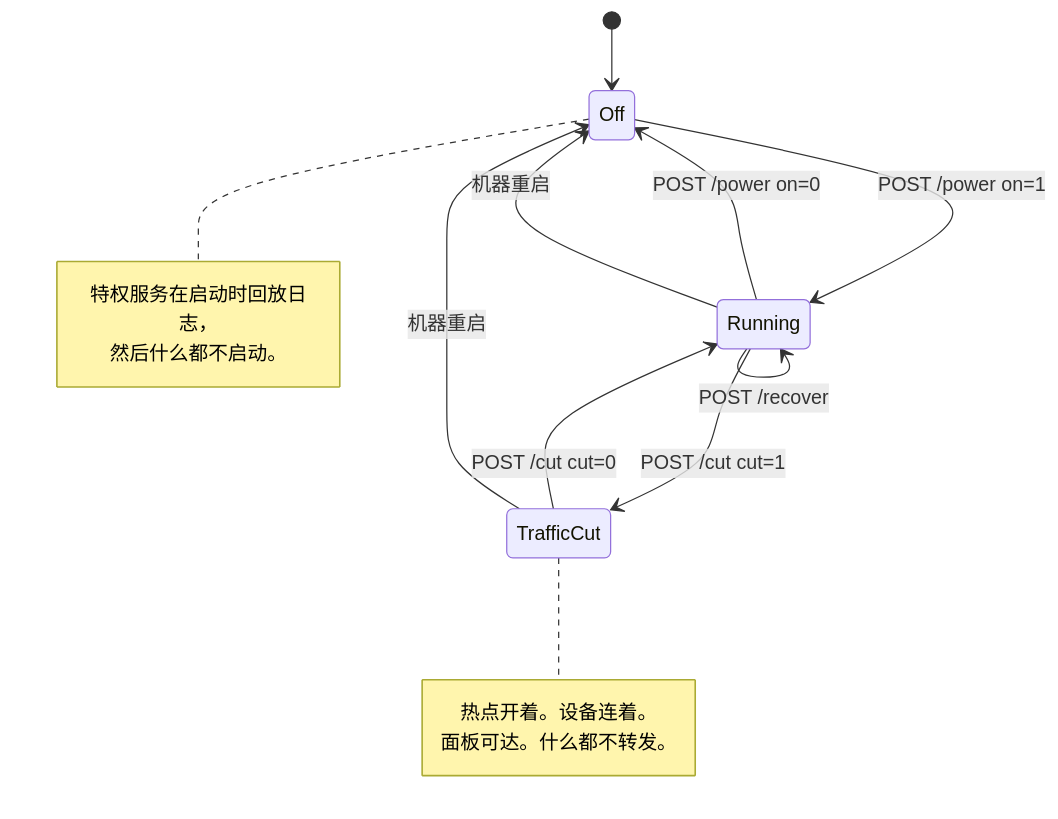
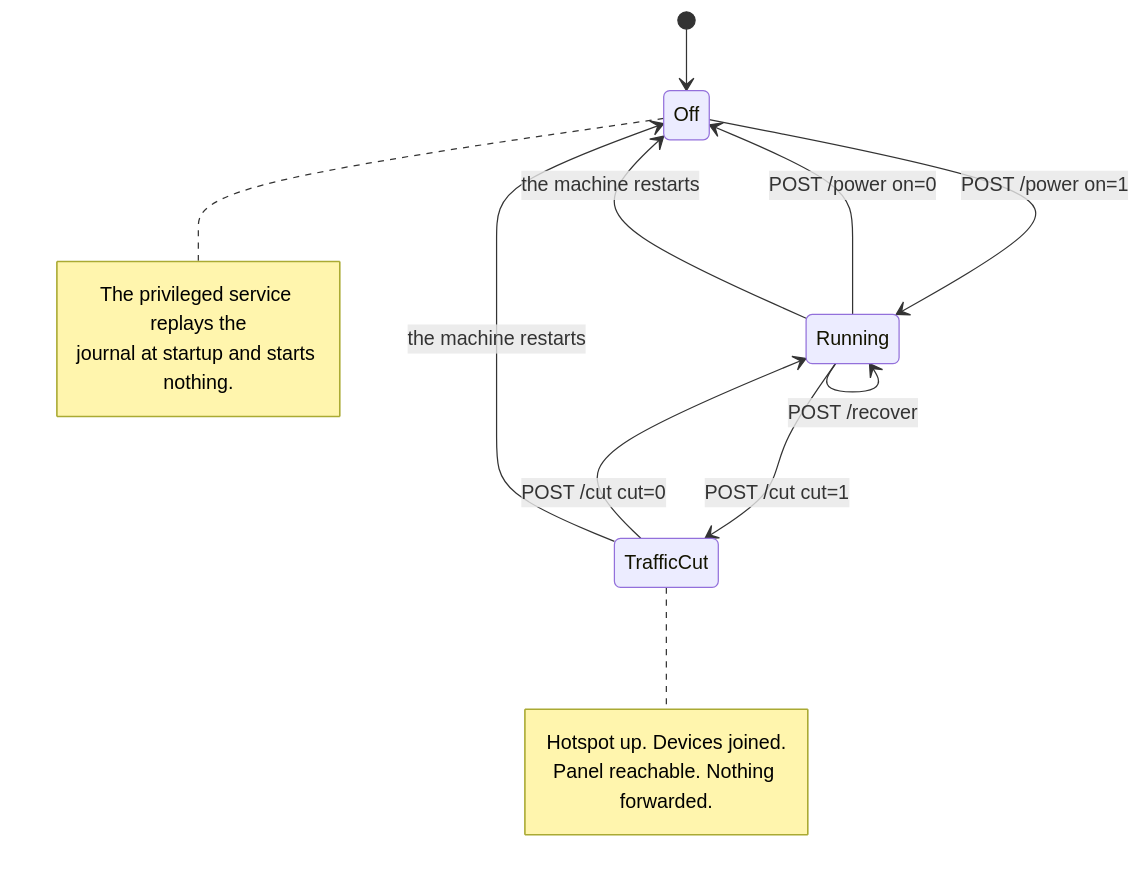
The diagram in docs/wiki/Panel-and-Configuration.zh.md (Iman/caspian), drawn with Mermaid before and after one commit. The commit also changed other lines of this file and 149 other files, not shown here.

````diff
--- a/docs/wiki/Panel-and-Configuration.zh.md
+++ b/docs/wiki/Panel-and-Configuration.zh.md
@@ -22,20 +28,20 @@
 ```mermaid
 stateDiagram-v2
     [*] --> Off
     Off --> Running: POST /power on=1
     Running --> Off: POST /power on=0
     Running --> TrafficCut: POST /cut cut=1
     TrafficCut --> Running: POST /cut cut=0
     Running --> Running: POST /recover
-    TrafficCut --> Off: 机器重启
-    Running --> Off: 机器重启
+    TrafficCut --> Off: the machine restarts
+    Running --> Off: the machine restarts
 
     note right of Off
-        特权服务在启动时回放日志，
-        然后什么都不启动。
+        The privileged service replays the
+        journal at startup and starts nothing.
     end note
     note right of TrafficCut
-        热点开着。设备连着。
-        面板可达。什么都不转发。
+        Hotspot up. Devices joined.
+        Panel reachable. Nothing forwarded.
     end note
 ```
````
